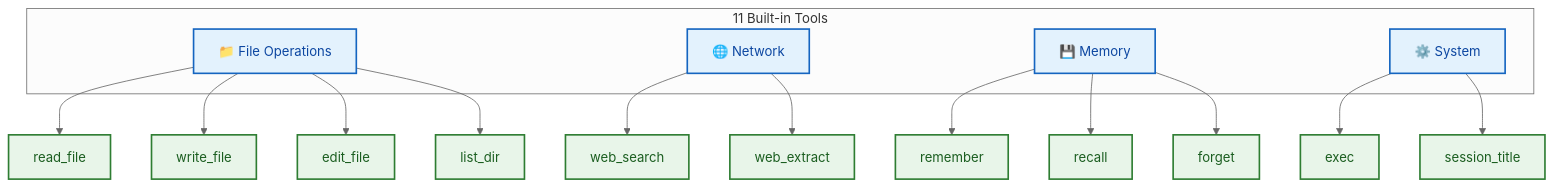
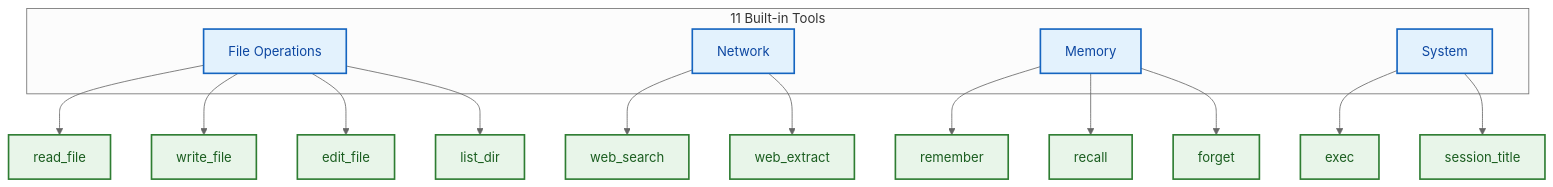
Before and after one commit to xt765/FinchBot: the third of 3 diagrams in docs/en-US/guide/usage.md, drawn with Mermaid (neutral theme). The commit also changed other lines of this file and 18 other files, not shown here.

First line of the commit message:
docs: 简化架构图并删除所有mermaid图中的表情包

````diff
--- a/docs/en-US/guide/usage.md
+++ b/docs/en-US/guide/usage.md
@@ -305,28 +302,27 @@
 ```mermaid
 flowchart TB
-    %% Style Definitions
     classDef category fill:#e3f2fd,stroke:#1565c0,stroke-width:2px,color:#0d47a1;
     classDef tool fill:#e8f5e9,stroke:#2e7d32,stroke-width:2px,color:#1b5e20;
 
     subgraph Tools [11 Built-in Tools]
-        File[📁 File Operations]:::category
-        Web[🌐 Network]:::category
-        Memory[💾 Memory]:::category
-        System[⚙️ System]:::category
+        File[File Operations]:::category
+        Web[Network]:::category
+        Memory[Memory]:::category
+        System[System]:::category
     end
 
     File --> F1[read_file]:::tool
     File --> F2[write_file]:::tool
     File --> F3[edit_file]:::tool
     File --> F4[list_dir]:::tool
 
     Web --> W1[web_search]:::tool
     Web --> W2[web_extract]:::tool
 
     Memory --> M1[remember]:::tool
     Memory --> M2[recall]:::tool
     Memory --> M3[forget]:::tool
 
     System --> S1[exec]:::tool
     System --> S2[session_title]:::tool
 ```
````
